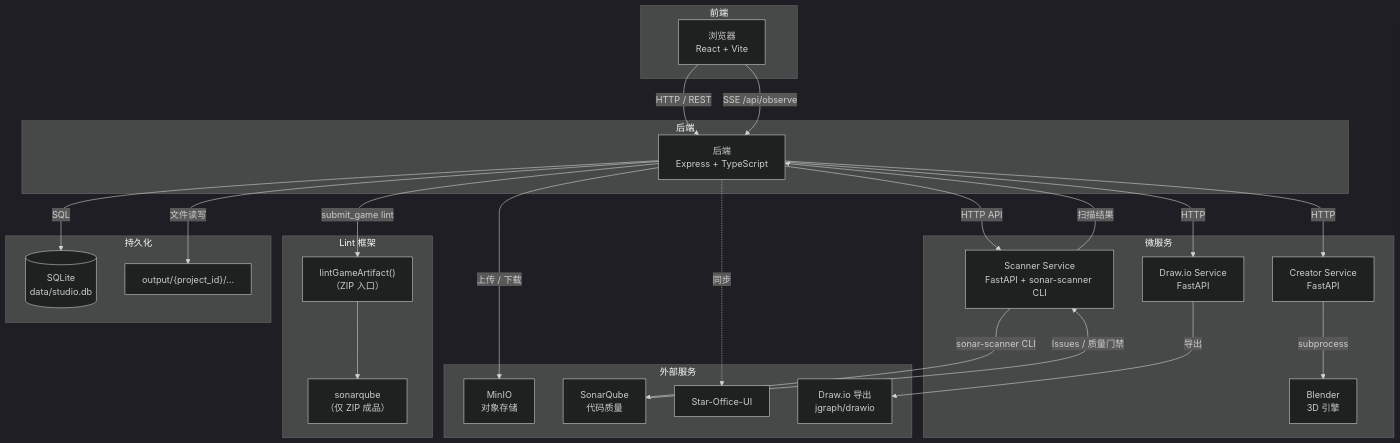
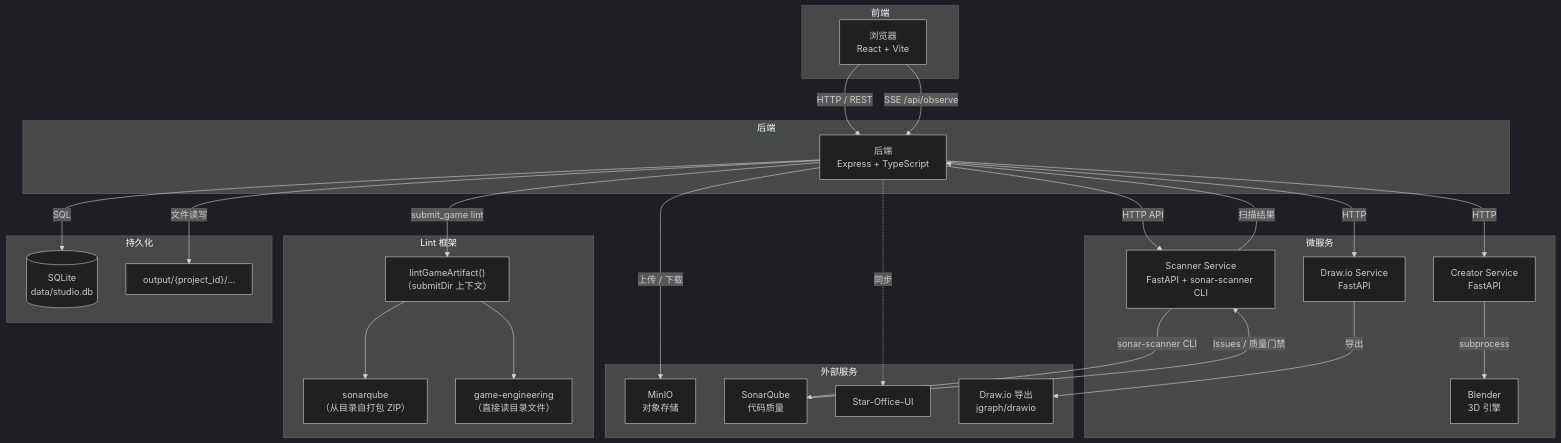
Before and after one commit to luoxiaojun1992/game-studio: the diagram in docs/ARCHITECTURE.zh-CN.md, drawn with Mermaid (dark theme). The commit also changed other lines of this file and 43 other files, not shown here.

````diff
--- a/docs/ARCHITECTURE.zh-CN.md
+++ b/docs/ARCHITECTURE.zh-CN.md
@@ -18,54 +18,56 @@
 ```mermaid
 graph TB
     subgraph "前端"
         Browser["浏览器<br/>React + Vite"]
     end
 
     subgraph "后端"
         BE["后端<br/>Express + TypeScript"]
     end
 
     subgraph "Lint 框架"
-        LintRunner["lintGameArtifact()<br/>（ZIP 入口）"]
-        SonarChecker["sonarqube<br/>（仅 ZIP 成品）"]
+        LintRunner["lintGameArtifact()<br/>（submitDir 上下文）"]
+        SonarChecker["sonarqube<br/>（从目录自打包 ZIP）"]
+        GameEngChecker["game-engineering<br/>（直接读目录文件）"]
     end
 
     subgraph "外部服务"
         MinIO["MinIO<br/>对象存储"]
         Sonar["SonarQube<br/>代码质量"]
         StarOffice["Star-Office-UI"]
         DrawioExport["Draw.io 导出<br/>jgraph/drawio"]
     end
 
     subgraph "微服务"
         Creator["Creator Service<br/>FastAPI"]
         Blender["Blender<br/>3D 引擎"]
         Drawio["Draw.io Service<br/>FastAPI"]
         Scanner["Scanner Service<br/>FastAPI + sonar-scanner CLI"]
     end
 
     subgraph "持久化"
         SQLite[("SQLite<br/>data/studio.db")]
         Output["output/{project_id}/..."]
     end
 
     Browser -->|HTTP / REST| BE
     Browser -->|SSE /api/observe| BE
 
     BE -->|HTTP| Creator
     BE -->|HTTP| Drawio
     BE -->|上传 / 下载| MinIO
     BE -->|SQL| SQLite
     BE -->|文件读写| Output
     BE -->|submit_game lint| LintRunner
     BE -->|HTTP API| Scanner
     BE -.->|同步| StarOffice
     Creator -->|subprocess| Blender
     Drawio -->|导出| DrawioExport
 
     LintRunner --> SonarChecker
+    LintRunner --> GameEngChecker
 
     Scanner -->|sonar-scanner CLI| Sonar
     Sonar -->|Issues / 质量门禁| Scanner
     Scanner -->|扫描结果| BE
 ```
````
